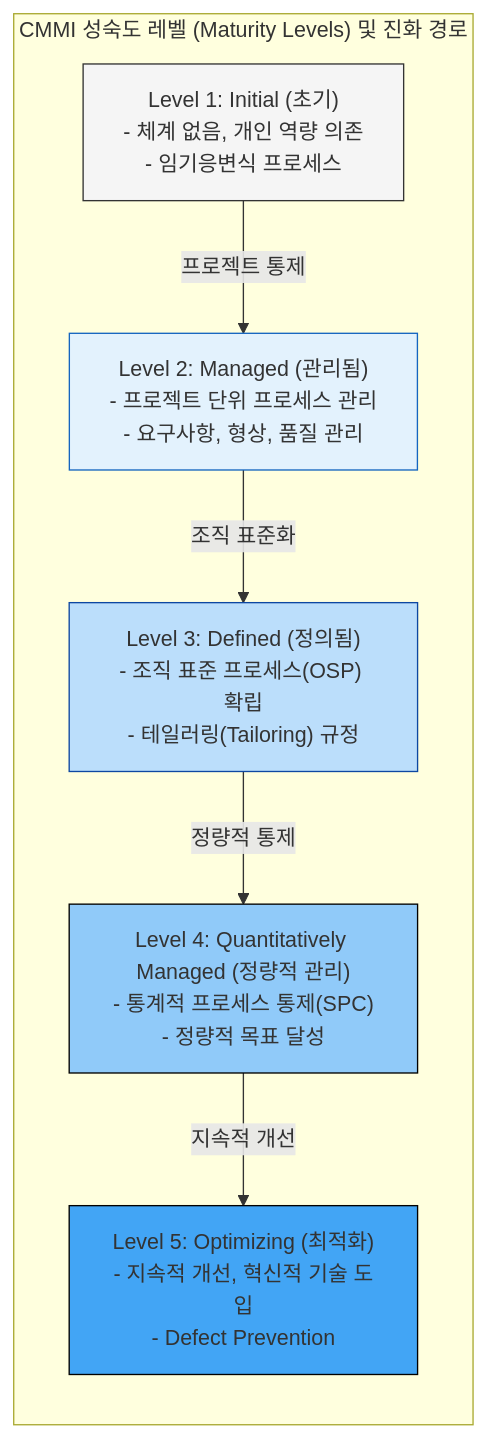
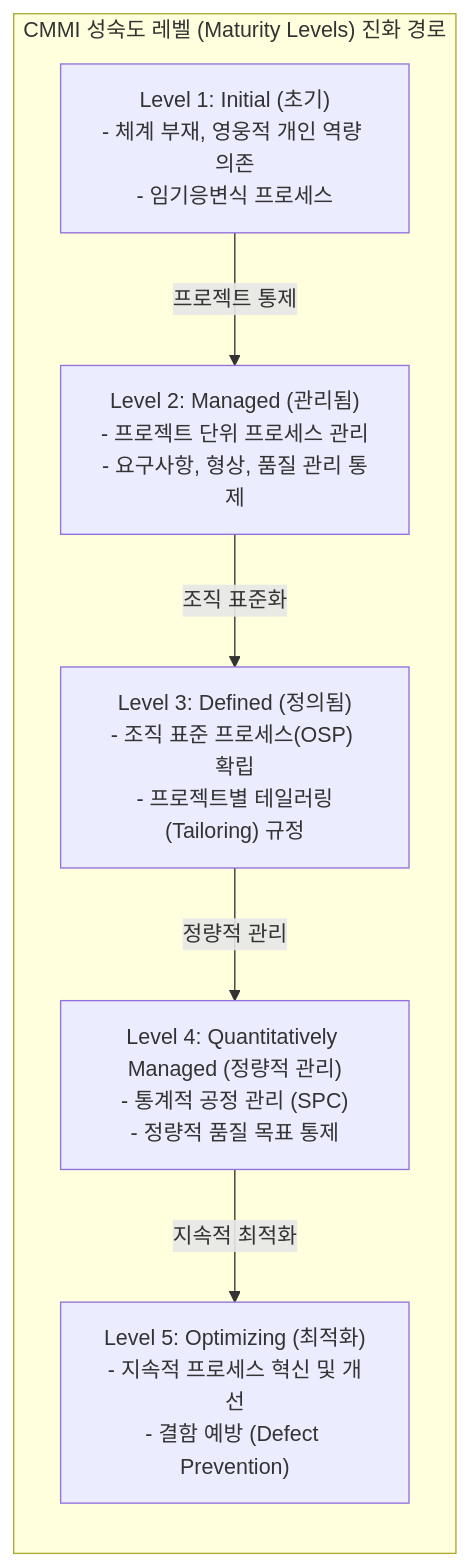
One commit to supremethumb/supremethumb.github.io changed the diagram in content/01_IT Tech/CMMI.md. Above: the diagram before and after it, drawn with Mermaid. The commit also changed other lines of this file and 362 other files, not shown here.

````diff
--- a/content/01_IT Tech/CMMI.md
+++ b/content/01_IT Tech/CMMI.md
@@ -27,30 +31,17 @@
 ```mermaid
 flowchart TB
-    subgraph CMMI_Maturity["CMMI 성숙도 레벨 (Maturity Levels) 및 진화 경로"]
+    subgraph CMMI_Maturity["CMMI 성숙도 레벨 (Maturity Levels) 진화 경로"]
         direction TB
         
-        L5["Level 5: Optimizing (최적화)<br/>- 지속적 개선, 혁신적 기술 도입<br/>- Defect Prevention"]
-        L4["Level 4: Quantitatively Managed (정량적 관리)<br/>- 통계적 프로세스 통제(SPC)<br/>- 정량적 목표 달성"]
-        L3["Level 3: Defined (정의됨)<br/>- 조직 표준 프로세스(OSP) 확립<br/>- 테일러링(Tailoring) 규정"]
-        L2["Level 2: Managed (관리됨)<br/>- 프로젝트 단위 프로세스 관리<br/>- 요구사항, 형상, 품질 관리"]
-        L1["Level 1: Initial (초기)<br/>- 체계 없음, 개인 역량 의존<br/>- 임기응변식 프로세스"]
+        L5["Level 5: Optimizing (최적화)<br/>- 지속적 프로세스 혁신 및 개선<br/>- 결함 예방 (Defect Prevention)"]
+        L4["Level 4: Quantitatively Managed (정량적 관리)<br/>- 통계적 공정 관리 (SPC)<br/>- 정량적 품질 목표 통제"]
+        L3["Level 3: Defined (정의됨)<br/>- 조직 표준 프로세스(OSP) 확립<br/>- 프로젝트별 테일러링(Tailoring) 규정"]
+        L2["Level 2: Managed (관리됨)<br/>- 프로젝트 단위 프로세스 관리<br/>- 요구사항, 형상, 품질 관리 통제"]
+        L1["Level 1: Initial (초기)<br/>- 체계 부재, 영웅적 개인 역량 의존<br/>- 임기응변식 프로세스"]
         
         L1 -->|"프로젝트 통제"| L2
         L2 -->|"조직 표준화"| L3
-        L3 -->|"정량적 통제"| L4
-        L4 -->|"지속적 개선"| L5
+        L3 -->|"정량적 관리"| L4
+        L4 -->|"지속적 최적화"| L5
     end
-    
-    classDef level1 fill:#f5f5f5,stroke:#333;
-    classDef level2 fill:#e3f2fd,stroke:#1565c0;
-    classDef level3 fill:#bbdefb,stroke:#0d47a1;
-    classDef level4 fill:#90caf9,stroke:#000000;
-    classDef level5 fill:#42a5f5,stroke:#000000;
-    
-    class L1 level1;
-    class L2 level2;
-    class L3 level3;
-    class L4 level4;
-    class L5 level5;
-
 ```
````
